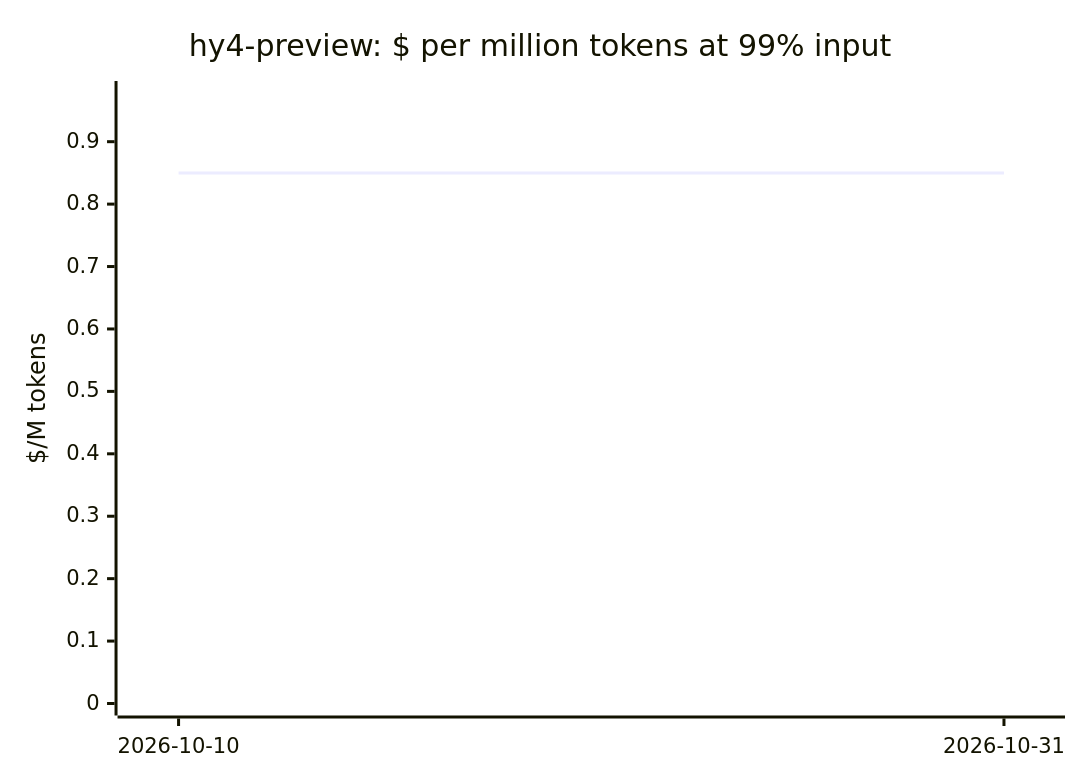
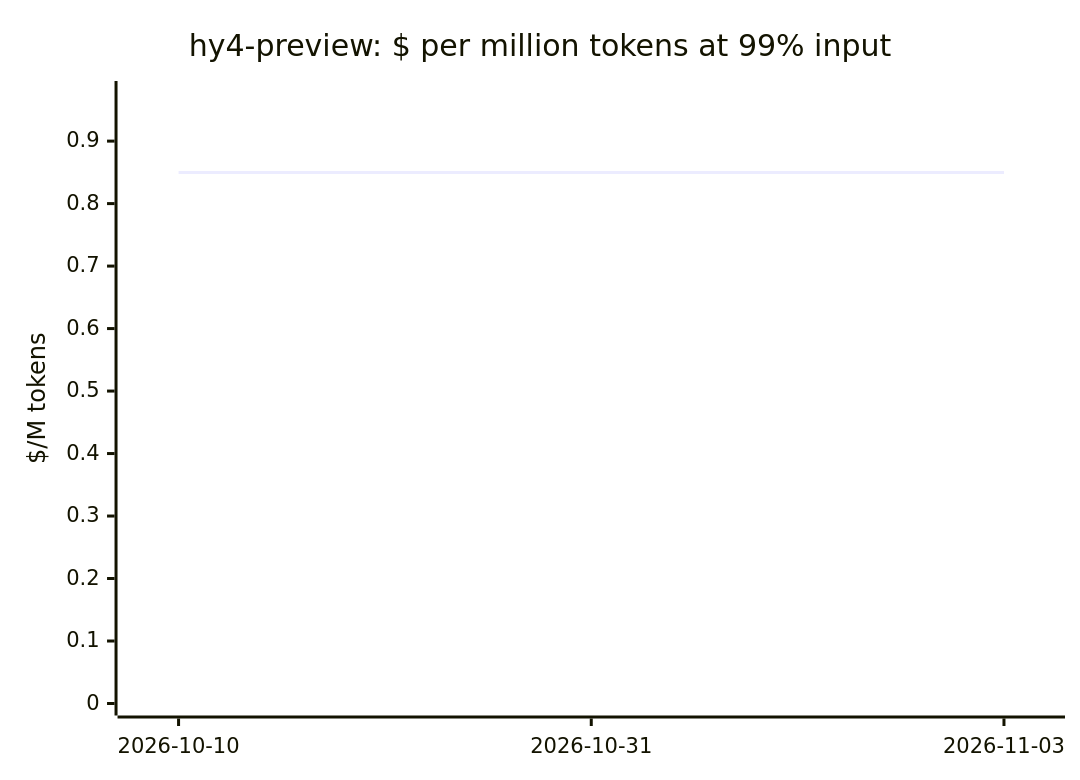
Before and after one commit to cklukas/OMEGA_TRANSFORM: diagram 16 of 20 in docs/openrouter-models.md, drawn with Mermaid. The commit also changed other lines of this file and 469 other files, not shown here.

````diff
--- a/docs/openrouter-models.md
+++ b/docs/openrouter-models.md
@@ -261,7 +276,7 @@
 ```mermaid
 xychart-beta
     title "hy4-preview: $ per million tokens at 99% input"
-    x-axis ["2026-10-10", "2026-10-31"]
-    y-axis "$/M tokens" 0 --> 0.978
-    line [0.85, 0.85]
+    x-axis ["2026-10-10", "2026-10-31", "2026-11-03"]
+    y-axis "$/M tokens" 0 --> 0.977
+    line [0.8496, 0.8496, 0.8496]
 ```
````
